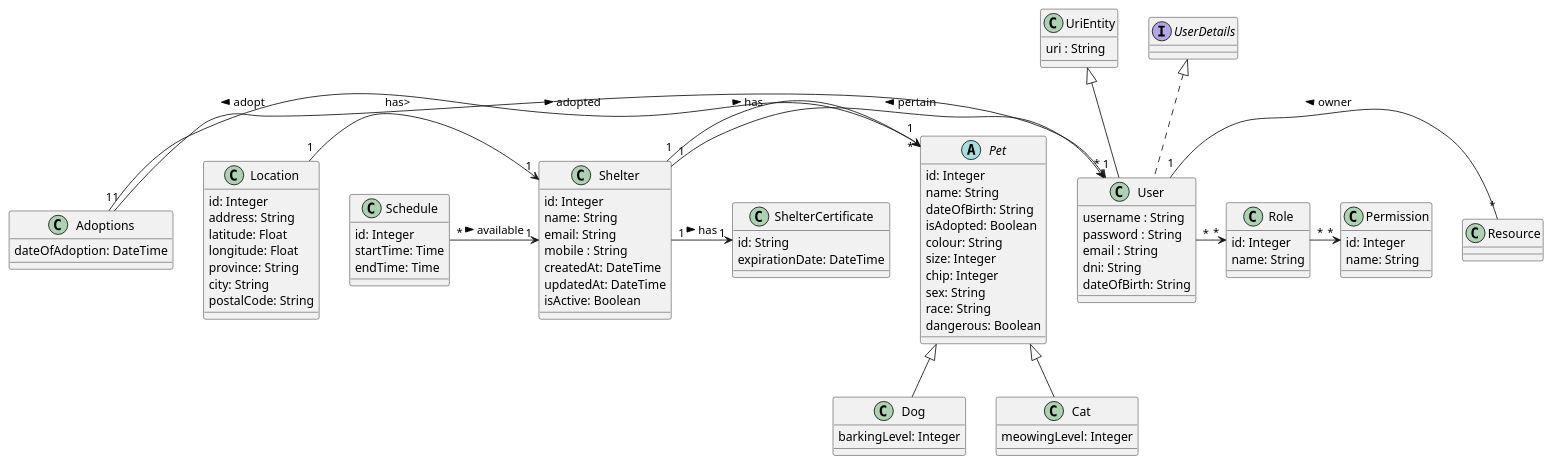
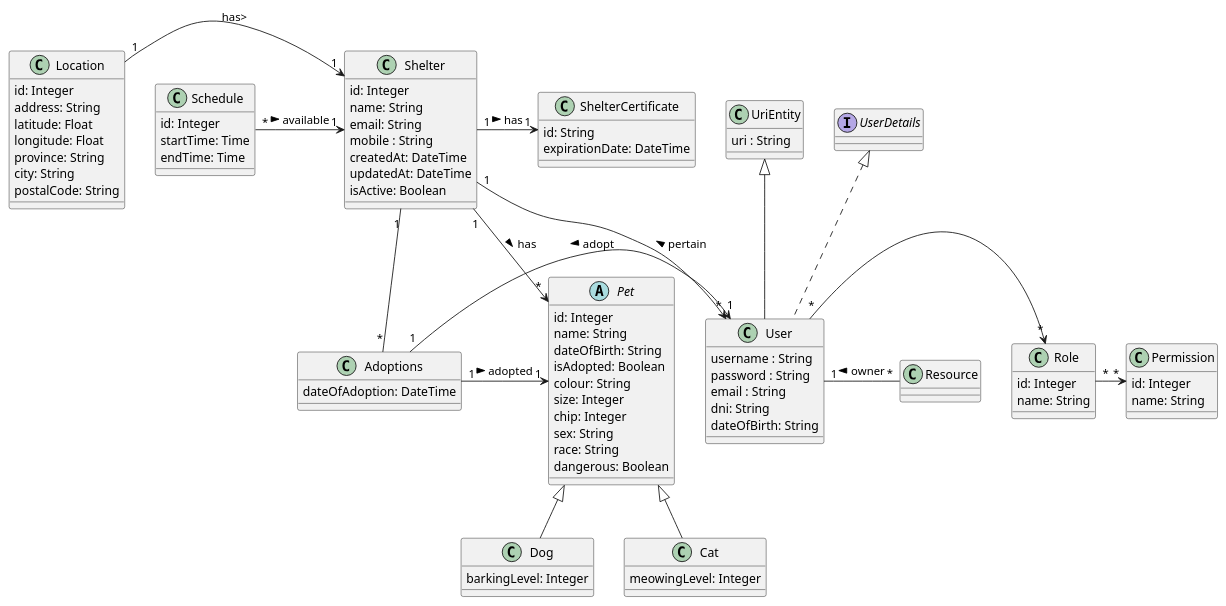
The diagram in EntitiesModel.puml (UdL-EPS-SoftArch/mypets-geiade-api), drawn with PlantUML before and after one commit. The commit also changed 1 other file, not shown here.

Commit message:
Adoptions class

```diff
--- a/EntitiesModel.puml
+++ b/EntitiesModel.puml
@@ -1,93 +1,94 @@
 @startuml
 class User extends UriEntity implements UserDetails {
   username : String
   password : String
   email : String
   dni: String
   dateOfBirth: String
 }
 
 
 class UriEntity {
   uri : String
 }
 abstract class Pet{
   id: Integer
   name: String
   dateOfBirth: String
   isAdopted: Boolean
   colour: String
   size: Integer
   chip: Integer
   sex: String
   race: String
   dangerous: Boolean
 }
 class Dog extends Pet {
     barkingLevel: Integer
 }
 
 class Cat extends Pet {
     meowingLevel: Integer
 }
 
 class Shelter {
   id: Integer
   name: String
   email: String
   mobile : String
   createdAt: DateTime
   updatedAt: DateTime
   isActive: Boolean
 }
 
 class Location {
  id: Integer
  address: String
  latitude: Float
  longitude: Float
  province: String
  city: String
  postalCode: String
 }
 
 class ShelterCertificate {
   id: String
   expirationDate: DateTime
 }
 
 class Schedule {
     id: Integer
     startTime: Time
     endTime: Time
 }
 
 class Adoptions {
     dateOfAdoption: DateTime
 }
 
 class Role {
     id: Integer
     name: String
 }
 
 class Permission {
     id: Integer
     name: String
 }
 
 
 User "1" --right-- "*" Resource : owner <
 Location "1" -> "1" Shelter : has>
 Shelter "1" -> "*" User : < pertain
 Shelter "1" -> "*" Pet : has >
 Shelter "1" -> "1" ShelterCertificate : has >
+Shelter "1" -- "*" Adoptions
 Schedule "*" -> "1" Shelter :available >
 
 Adoptions "1" -> "1" Pet :adopted >
 Adoptions "1" -> "1" User :adopt <
 
 User "*" -> "*" Role
 Role "*" -> "*" Permission
 
 @enduml
```
